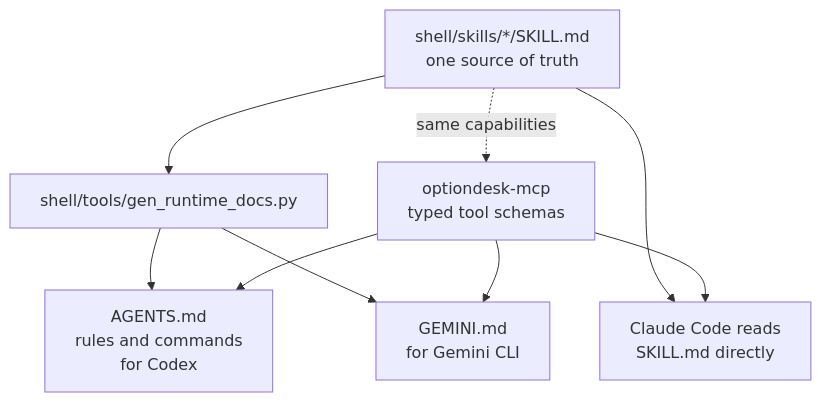
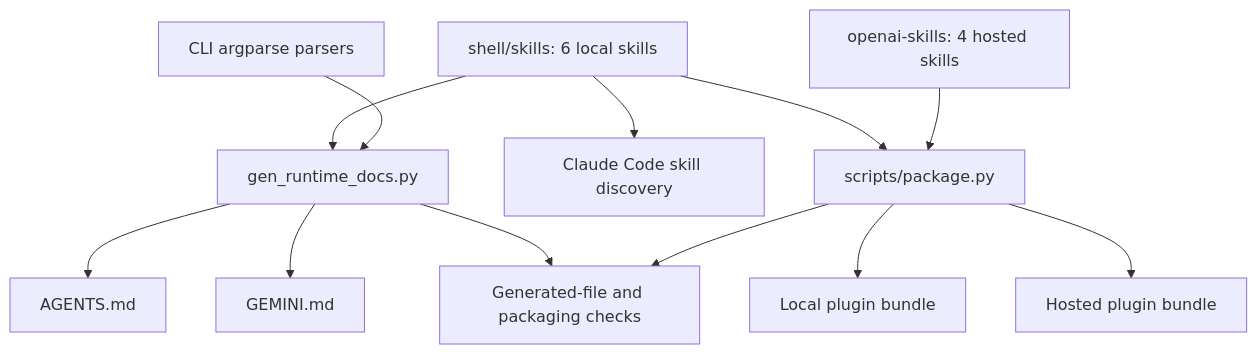
Before and after one commit to Iman/agent-driven-options-desk-and-skills: the seventh of 9 diagrams in docs/wiki/Architecture.md, drawn with Mermaid. The commit also changed other lines of this file and 51 other files, not shown here.

Commit message:
Refresh architecture diagrams and document the research algorithm

````diff
--- a/docs/wiki/Architecture.md
+++ b/docs/wiki/Architecture.md
@@ -235,18 +210,14 @@
 ```mermaid
 flowchart TB
-    skill["shell/skills/*/SKILL.md<br/>one source of truth"]
-    gen["shell/tools/gen_runtime_docs.py"]
-    agents["AGENTS.md<br/>rules and commands<br/>for Codex"]
-    gemini["GEMINI.md<br/>for Gemini CLI"]
-    claude["Claude Code reads<br/>SKILL.md directly"]
-    mcpserver["optiondesk-mcp<br/>typed tool schemas"]
-
-    skill --> gen
-    gen --> agents
-    gen --> gemini
-    skill --> claude
-    skill -. "same capabilities" .-> mcpserver
-    mcpserver --> claude
-    mcpserver --> agents
-    mcpserver --> gemini
+    local["shell/skills: 6 local skills"] --> gen["gen_runtime_docs.py"]
+    parsers["CLI argparse parsers"] --> gen
+    gen --> agents["AGENTS.md"]
+    gen --> gemini["GEMINI.md"]
+    local --> claude["Claude Code skill discovery"]
+    local --> package["scripts/package.py"]
+    hosted["openai-skills: 4 hosted skills"] --> package
+    package --> lp["Local plugin bundle"]
+    package --> hp["Hosted plugin bundle"]
+    gen --> tests["Generated-file and packaging checks"]
+    package --> tests
 ```
````
